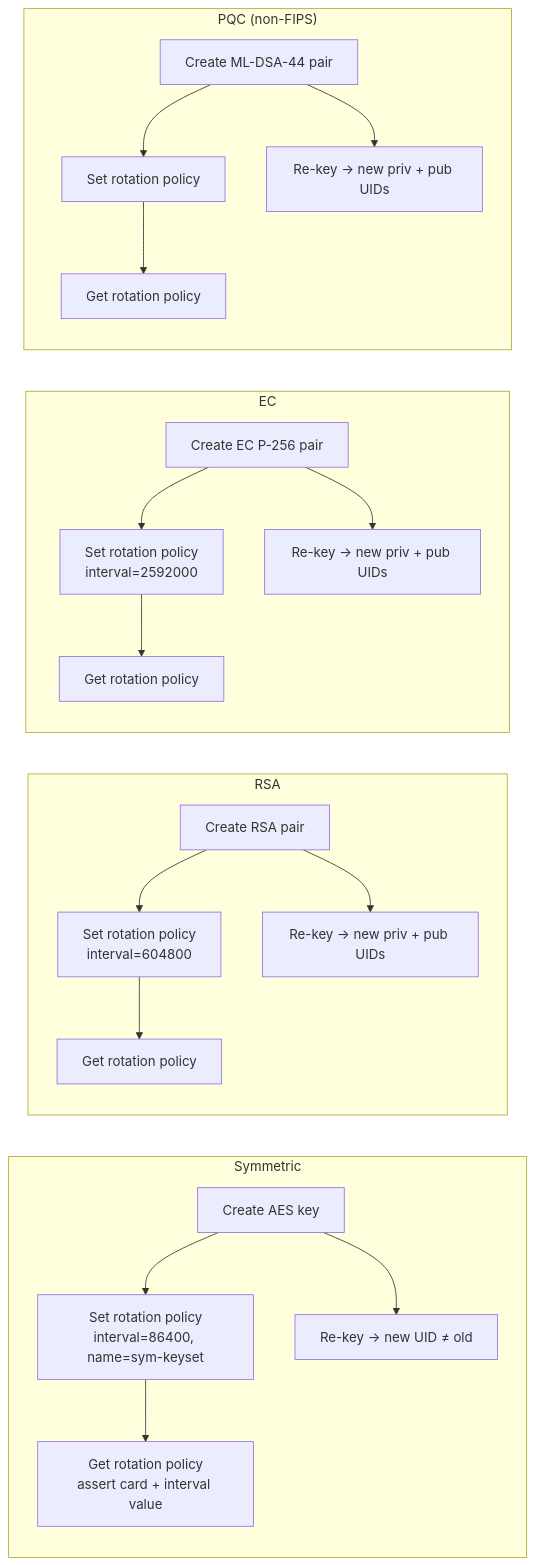
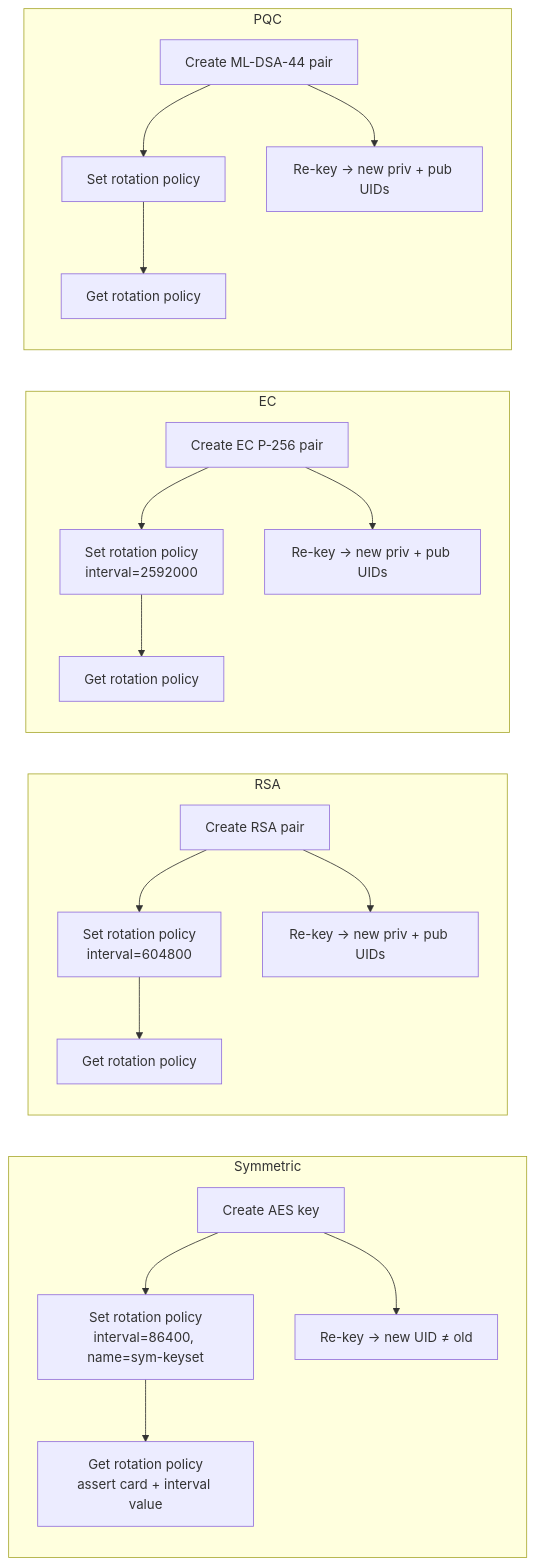
Before and after one commit to Cosmian/kms: the tenth of 43 diagrams in ui/tests/e2e/README.md, drawn with Mermaid. The commit also changed other lines of this file and 131 other files, not shown here.

````diff
--- a/ui/tests/e2e/README.md
+++ b/ui/tests/e2e/README.md
@@ -155,23 +153,23 @@
 ```mermaid
 graph LR
     subgraph Symmetric
         A1[Create AES key] --> A2[Set rotation policy\ninterval=86400, name=sym-keyset]
         A2 --> A3[Get rotation policy\nassert card + interval value]
         A1 --> A4[Re-key → new UID ≠ old]
     end
     subgraph RSA
         B1[Create RSA pair] --> B2[Set rotation policy\ninterval=604800]
         B2 --> B3[Get rotation policy]
         B1 --> B4[Re-key → new priv + pub UIDs]
     end
     subgraph EC
         C1[Create EC P-256 pair] --> C2[Set rotation policy\ninterval=2592000]
         C2 --> C3[Get rotation policy]
         C1 --> C4[Re-key → new priv + pub UIDs]
     end
-    subgraph "PQC (non-FIPS)"
+    subgraph "PQC"
         D1[Create ML-DSA-44 pair] --> D2[Set rotation policy]
         D2 --> D3[Get rotation policy]
         D1 --> D4[Re-key → new priv + pub UIDs]
     end
 ```
````
